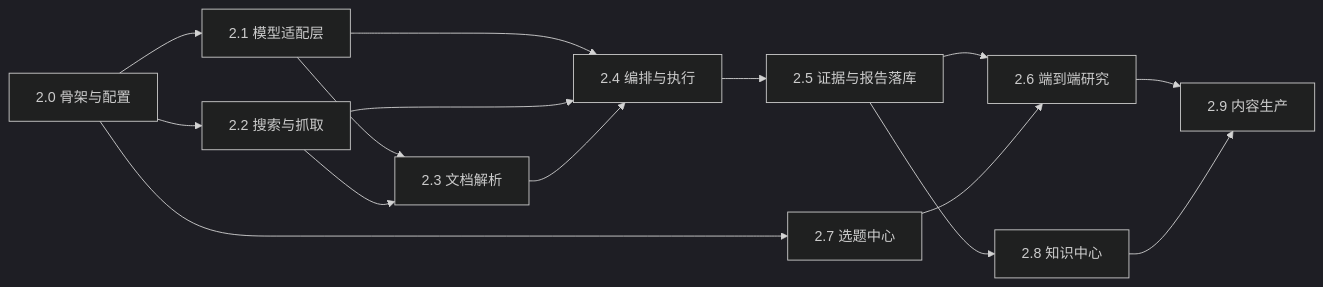
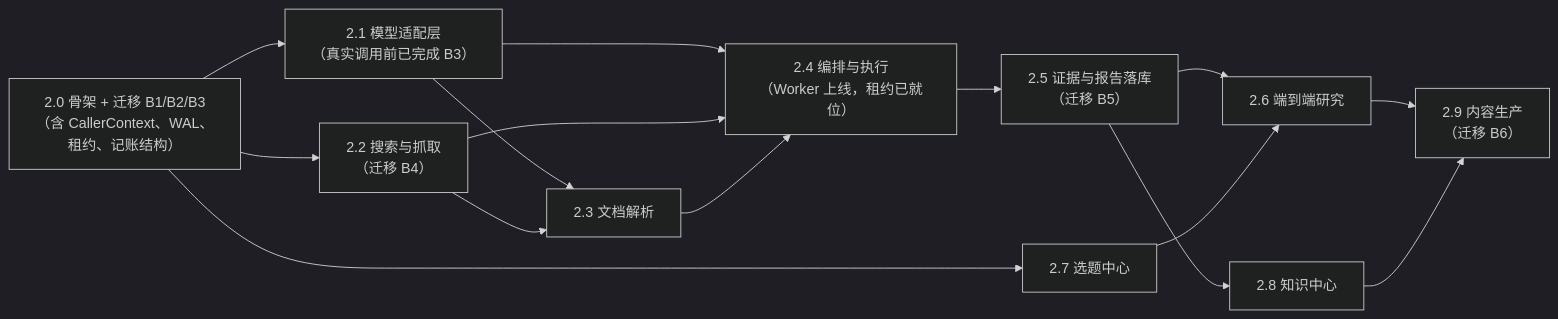
One commit to AckNove/finance-media-ai changed the diagram in docs/research_hub/implementation_roadmap.md. Above: the diagram before and after it, drawn with Mermaid (dark theme). The commit also changed other lines of this file and 14 other files, not shown here.

````diff
--- a/docs/research_hub/implementation_roadmap.md
+++ b/docs/research_hub/implementation_roadmap.md
@@ -10,17 +10,17 @@
 ```mermaid
 flowchart LR
-    P20["2.0 骨架与配置"] --> P21["2.1 模型适配层"]
-    P20 --> P22["2.2 搜索与抓取"]
+    P20["2.0 骨架 + 迁移 B1/B2/B3<br/>（含 CallerContext、WAL、租约、记账结构）"] --> P21["2.1 模型适配层<br/>（真实调用前已完成 B3）"]
+    P20 --> P22["2.2 搜索与抓取<br/>（迁移 B4）"]
     P21 --> P23["2.3 文档解析"]
     P22 --> P23
-    P21 --> P24["2.4 编排与执行"]
+    P21 --> P24["2.4 编排与执行<br/>（Worker 上线，租约已就位）"]
     P22 --> P24
     P23 --> P24
-    P24 --> P25["2.5 证据与报告落库"]
+    P24 --> P25["2.5 证据与报告落库<br/>（迁移 B5）"]
     P25 --> P26["2.6 端到端研究"]
     P20 --> P27["2.7 选题中心"]
     P27 --> P26
     P25 --> P28["2.8 知识中心"]
-    P26 --> P29["2.9 内容生产"]
+    P26 --> P29["2.9 内容生产<br/>（迁移 B6）"]
     P28 --> P29
 ```
````
